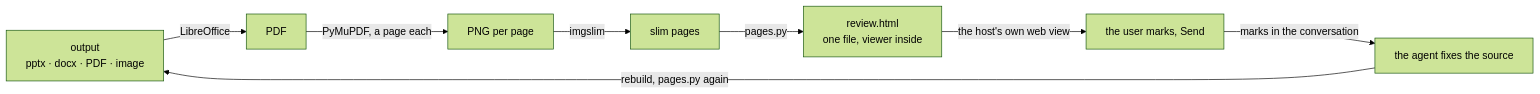
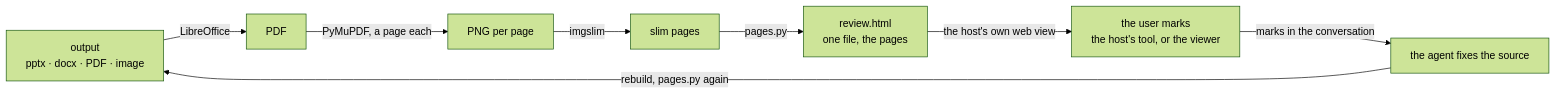
One commit to lossless-hq/lossless-kit changed the diagram in README.md. Above: the diagram before and after it, drawn with Mermaid (forest theme). The commit also changed other lines of this file and 2 other files, not shown here.

Commit message:
visual-review: the host marks pages itself, the viewer is the fallback behind --marks (Shaked, 2026-11-08)
Where the host has an annotate tool (T3's preview tab), a second marking layer on top doubled it. pages.py now writes
plain pages by default; --marks inlines the viewer for a host without. SKILL.md steps 3 and 4 choose and read by that.

````diff
--- a/README.md
+++ b/README.md
@@ -43,10 +43,10 @@
 ```mermaid
 flowchart LR
   A[output<br/>pptx · docx · PDF · image] -->|LibreOffice| B[PDF]
   B -->|PyMuPDF, a page each| C[PNG per page]
   C -->|imgslim| D[slim pages]
-  D -->|pages.py| E[review.html<br/>one file, viewer inside]
-  E -->|the host's own web view| F[the user marks, Send]
+  D -->|pages.py| E[review.html<br/>one file, the pages]
+  E -->|the host's own web view| F[the user marks<br/>the host's tool, or the viewer]
   F -->|marks in the conversation| G[the agent fixes the source]
   G -->|rebuild, pages.py again| A
 ```
````
